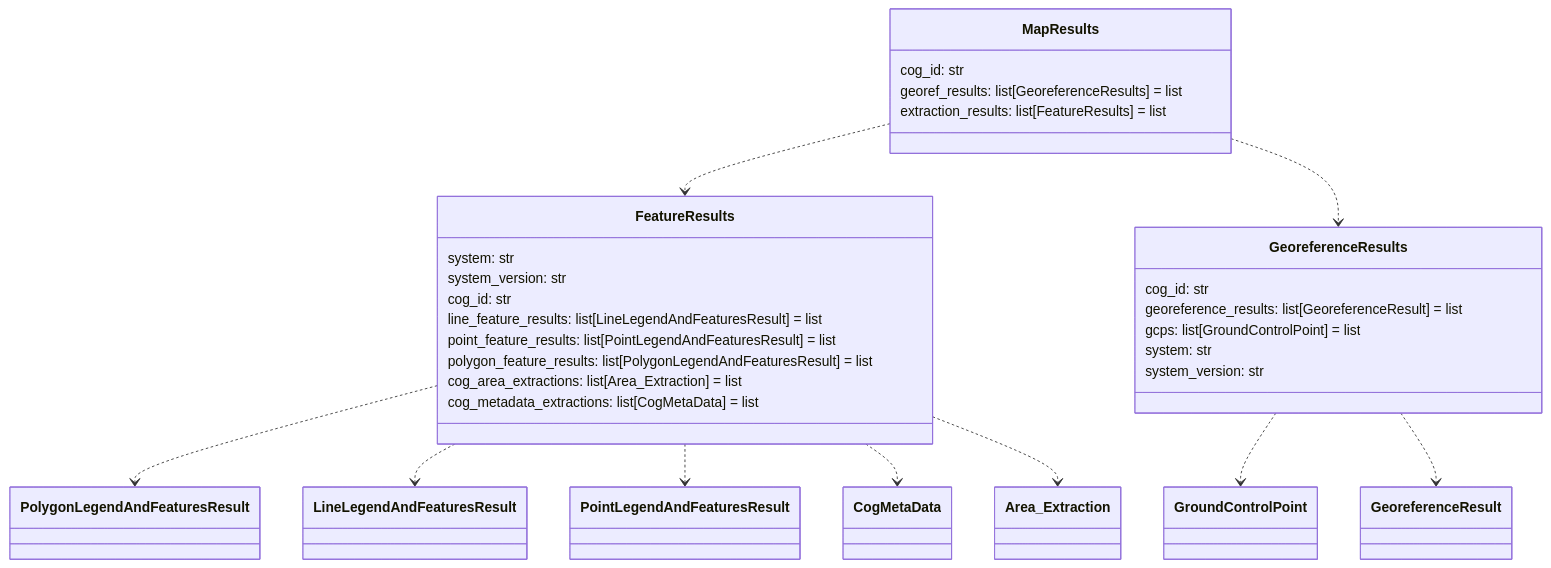
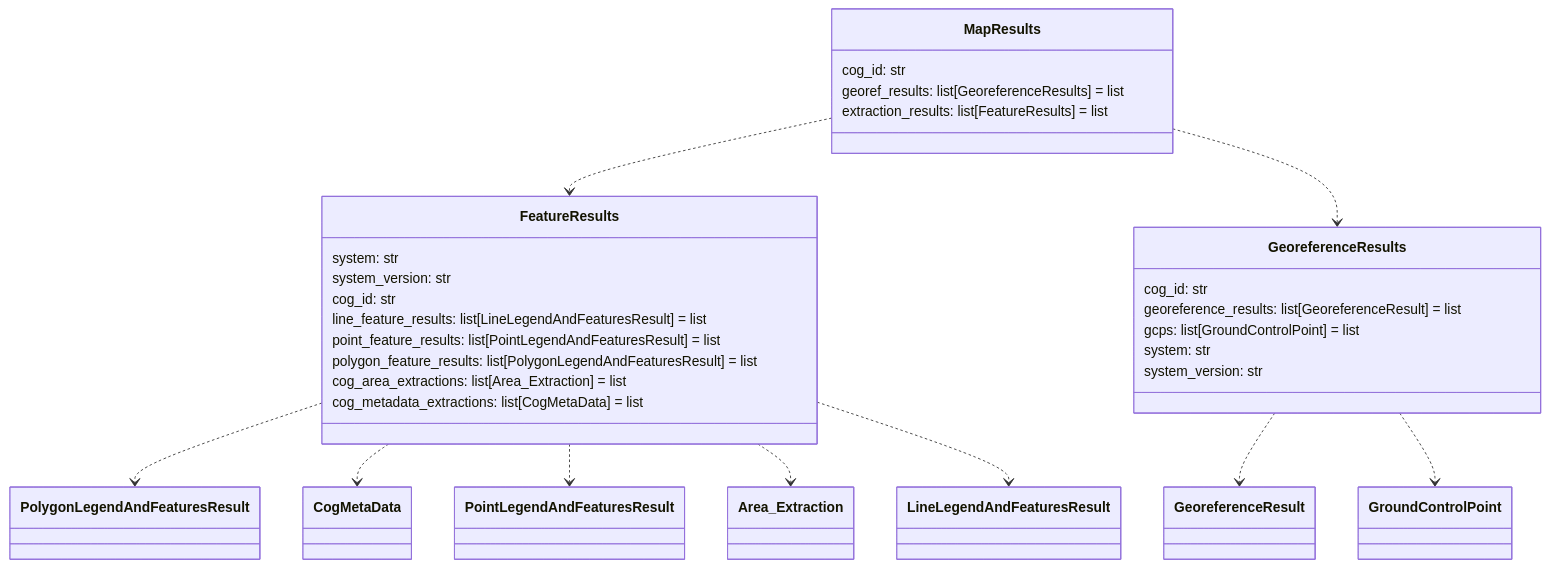
One commit to DARPA-CRITICALMAAS/cdr_schemas changed diagram 11 of 14 in README.md. Above: the diagram before and after it, drawn with Mermaid. The commit also changed other lines of this file and 1 other file, not shown here.

````diff
--- a/README.md
+++ b/README.md
@@ -937,40 +937,40 @@
 ```mermaid
 classDiagram
 
     class FeatureResults {
         system: str
         system_version: str
         cog_id: str
         line_feature_results: list[LineLegendAndFeaturesResult] = list
         point_feature_results: list[PointLegendAndFeaturesResult] = list
         polygon_feature_results: list[PolygonLegendAndFeaturesResult] = list
         cog_area_extractions: list[Area_Extraction] = list
         cog_metadata_extractions: list[CogMetaData] = list
     }
 
-    class MapResults {
-        cog_id: str
-        georef_results: list[GeoreferenceResults] = list
-        extraction_results: list[FeatureResults] = list
-    }
-
     class GeoreferenceResults {
         cog_id: str
         georeference_results: list[GeoreferenceResult] = list
         gcps: list[GroundControlPoint] = list
         system: str
         system_version: str
     }
 
+    class MapResults {
+        cog_id: str
+        georef_results: list[GeoreferenceResults] = list
+        extraction_results: list[FeatureResults] = list
+    }
+
     FeatureResults ..> PolygonLegendAndFeaturesResult
+    FeatureResults ..> CogMetaData
+    FeatureResults ..> PointLegendAndFeaturesResult
+    FeatureResults ..> Area_Extraction
     FeatureResults ..> LineLegendAndFeaturesResult
-    FeatureResults ..> PointLegendAndFeaturesResult
-    FeatureResults ..> CogMetaData
-    FeatureResults ..> Area_Extraction
+    GeoreferenceResults ..> GeoreferenceResult
     GeoreferenceResults ..> GroundControlPoint
-    GeoreferenceResults ..> GeoreferenceResult
     MapResults ..> FeatureResults
     MapResults ..> GeoreferenceResults
 
 
 ```
````
